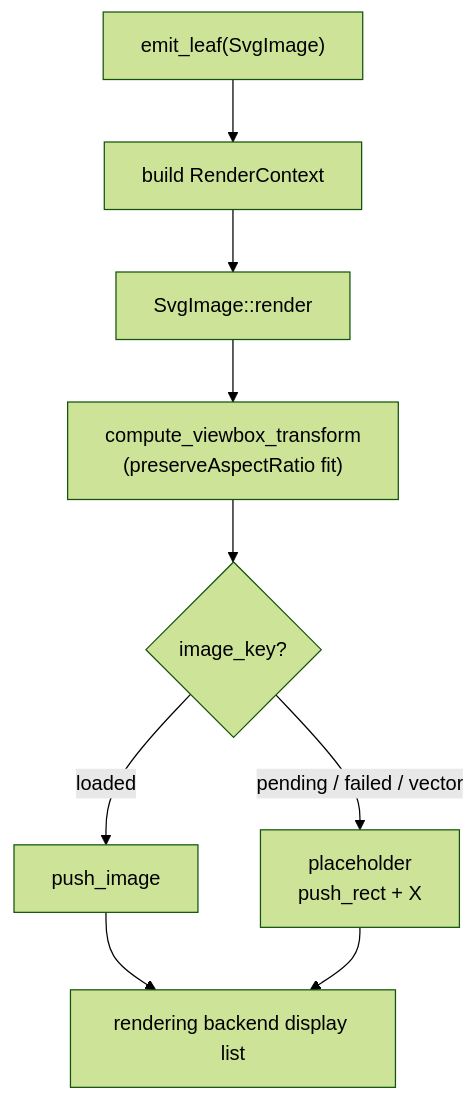
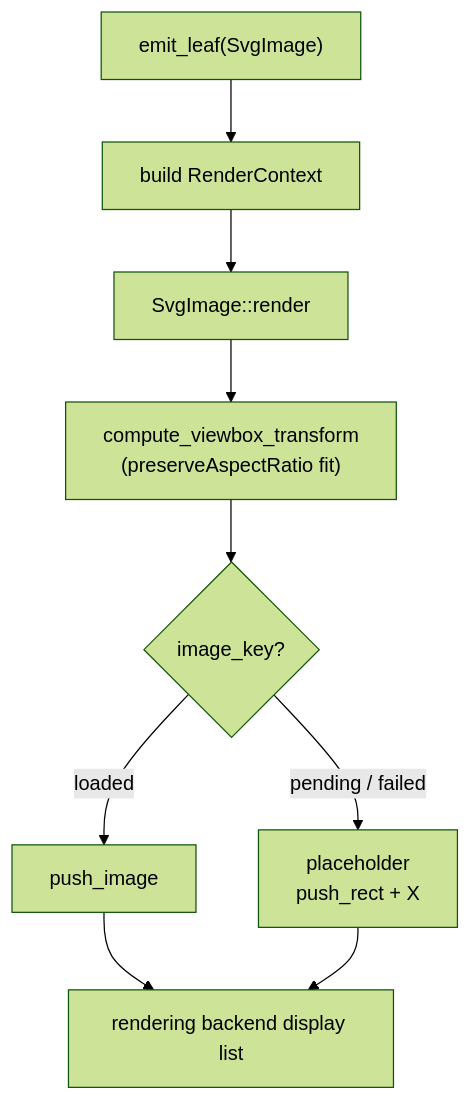
One commit to mu-mostafa98/servo changed the seventh of 8 diagrams in components/svg/README.md. Above: the diagram before and after it, drawn with Mermaid (forest theme). The commit also changed other lines of this file and 3 other files, not shown here.

````diff
--- a/components/svg/README.md
+++ b/components/svg/README.md
@@ -326,11 +338,11 @@
 ```mermaid
 flowchart TD
     A["emit_leaf(SvgImage)"] --> B["build RenderContext"]
     B --> C["SvgImage::render"]
     C --> D["compute_viewbox_transform<br/>(preserveAspectRatio fit)"]
     D --> E{"image_key?"}
     E -- "loaded" --> F["push_image"]
-    E -- "pending / failed / vector" --> G["placeholder<br/>push_rect + X"]
+    E -- "pending / failed" --> G["placeholder<br/>push_rect + X"]
     F --> H["rendering backend display list"]
     G --> H
 ```
````
